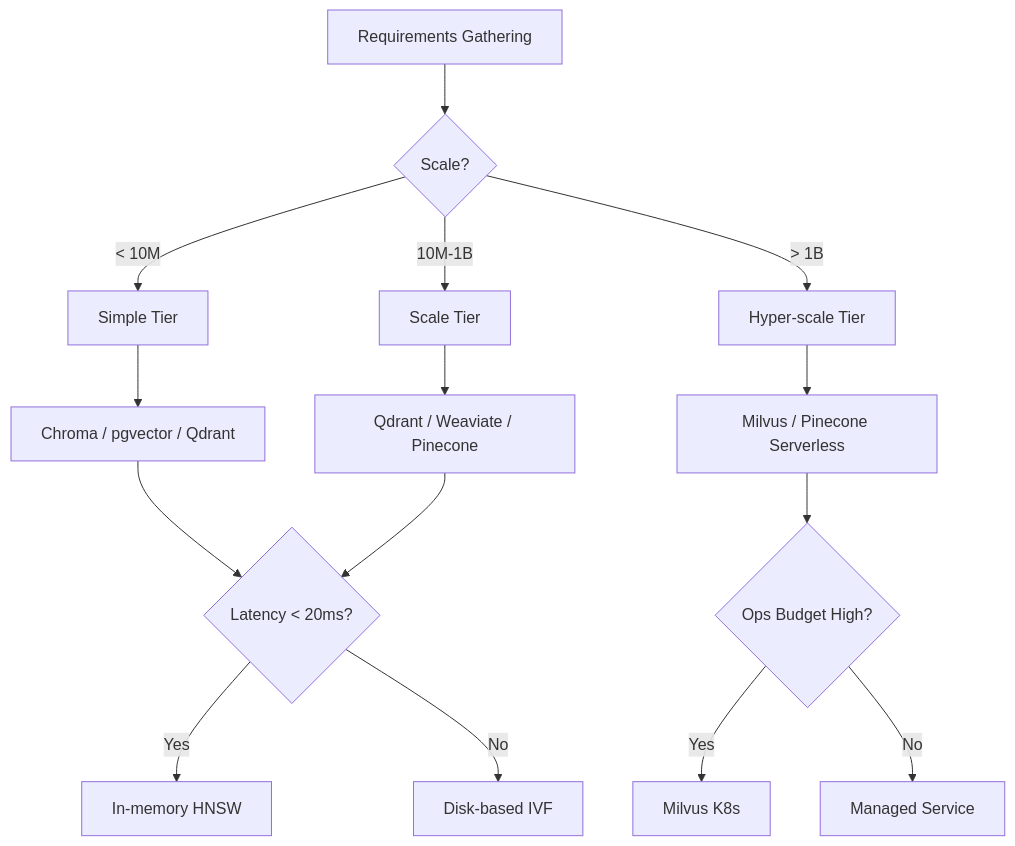
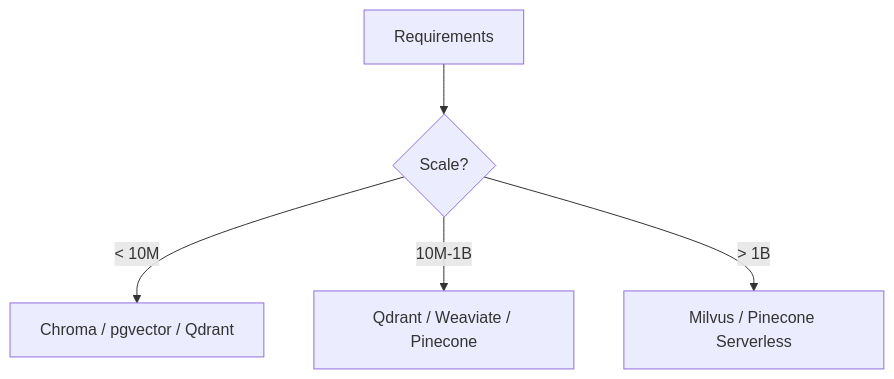
The second of 2 diagrams in SW-ML-AI Engineering/10 - Cloud, Infra y Backend/33 - Vector Databases and Semantic Search/09 - Vector Database Comparison Matrix.md (Leito2/Learning), drawn with Mermaid before and after one commit. The commit also changed other lines of this file and 123 other files, not shown here.

````diff
--- a/SW-ML-AI Engineering/10 - Cloud, Infra y Backend/33 - Vector Databases and Semantic Search/09 - Vector Database Comparison Matrix.md
+++ b/SW-ML-AI Engineering/10 - Cloud, Infra y Backend/33 - Vector Databases and Semantic Search/09 - Vector Database Comparison Matrix.md
@@ -335,17 +104,7 @@
 ```mermaid
 flowchart TB
-    A[Requirements Gathering] --> B{Scale?}
-    B -->|< 10M| C[Simple Tier]
-    B -->|10M-1B| D[Scale Tier]
-    B -->|> 1B| E[Hyper-scale Tier]
-    C --> F[Chroma / pgvector / Qdrant]
-    D --> G[Qdrant / Weaviate / Pinecone]
-    E --> H[Milvus / Pinecone Serverless]
-    F --> I{Latency < 20ms?}
-    G --> I
-    H --> J{Ops Budget High?}
-    I -->|Yes| K[In-memory HNSW]
-    I -->|No| L[Disk-based IVF]
-    J -->|Yes| M[Milvus K8s]
-    J -->|No| N[Managed Service]
+    A[Requirements] --> B{Scale?}
+    B -->|< 10M| C[Chroma / pgvector / Qdrant]
+    B -->|10M-1B| D[Qdrant / Weaviate / Pinecone]
+    B -->|> 1B| E[Milvus / Pinecone Serverless]
 ```
````
